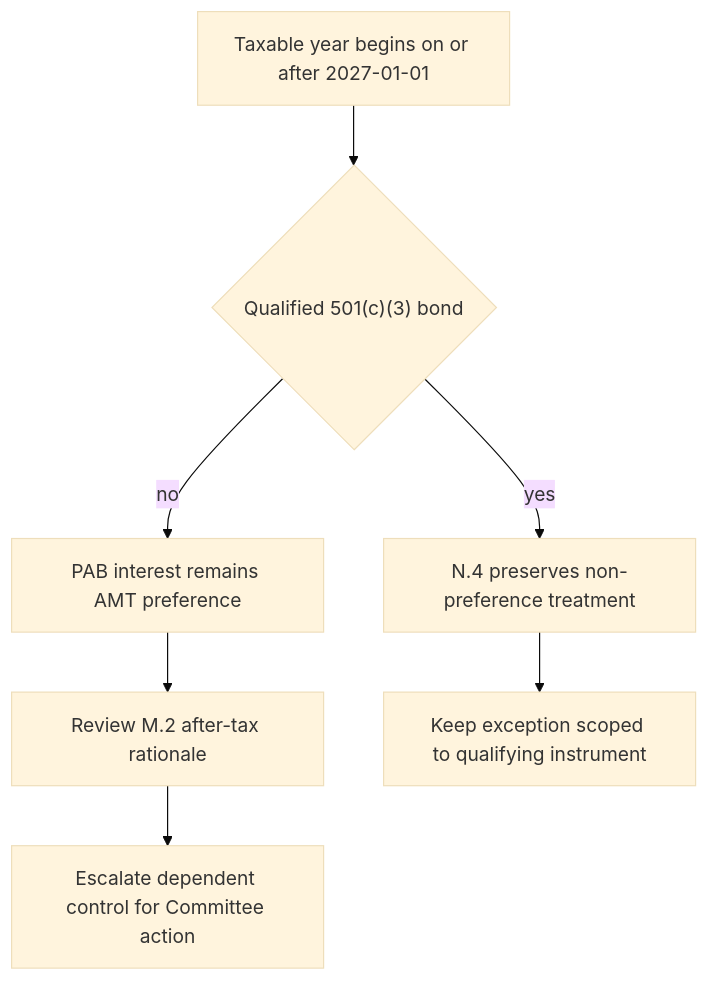
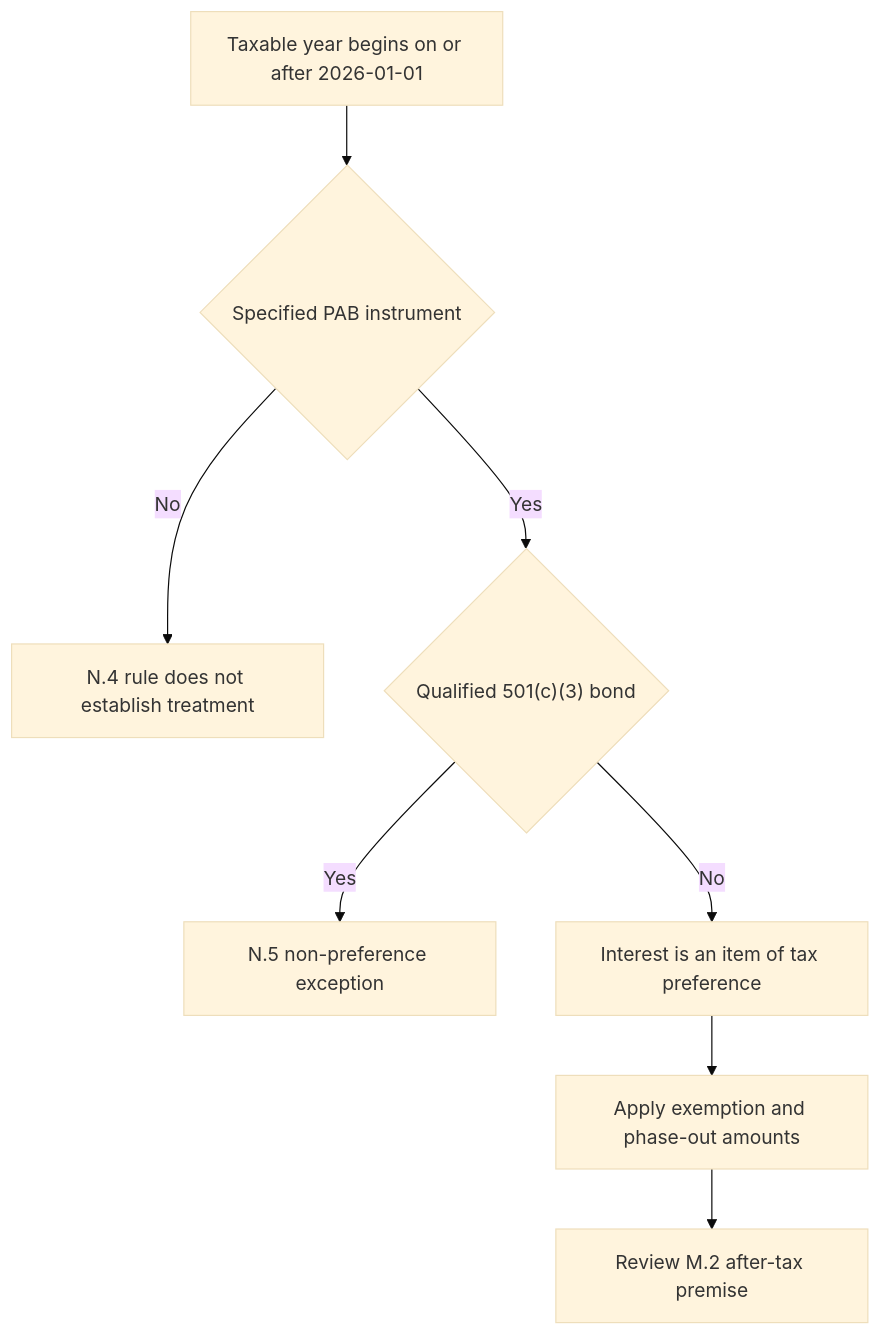
One commit to xuro-langchain/wealth-research-corpus changed the diagram in openwiki/regulatory/irs-private-activity-bond-amt.md. Above: the diagram before and after it, drawn with Mermaid (base theme). The commit also changed other lines of this file and 43 other files, not shown here.

````diff
--- a/openwiki/regulatory/irs-private-activity-bond-amt.md
+++ b/openwiki/regulatory/irs-private-activity-bond-amt.md
@@ -49,9 +41,10 @@
 ```mermaid
 flowchart TD
-    TaxYear["Taxable year begins on or after 2027-01-01"] --> Instrument{"Qualified 501(c)(3) bond"}
-    Instrument -->|"yes"| Preserve["N.4 preserves non-preference treatment"]
-    Instrument -->|"no"| Preference["PAB interest remains AMT preference"]
-    Preference --> Review["Review M.2 after-tax rationale"]
-    Review --> Escalate["Escalate dependent control for Committee action"]
-    Preserve --> Scope["Keep exception scoped to qualifying instrument"]
+    TaxYear["Taxable year begins on or after 2026-01-01"] --> Bond{"Specified PAB instrument"}
+    Bond -->|"No"| Outside["N.4 rule does not establish treatment"]
+    Bond -->|"Yes"| Exception{"Qualified 501(c)(3) bond"}
+    Exception -->|"Yes"| Q501["N.5 non-preference exception"]
+    Exception -->|"No"| Preference["Interest is an item of tax preference"]
+    Preference --> Threshold["Apply exemption and phase-out amounts"]
+    Threshold --> Review["Review M.2 after-tax premise"]
 ```
````
